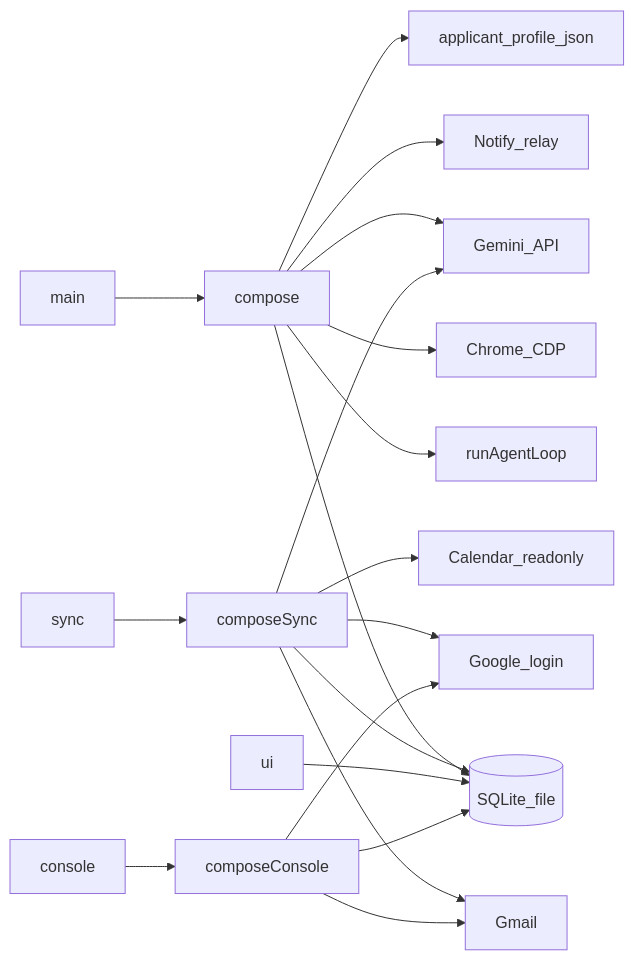
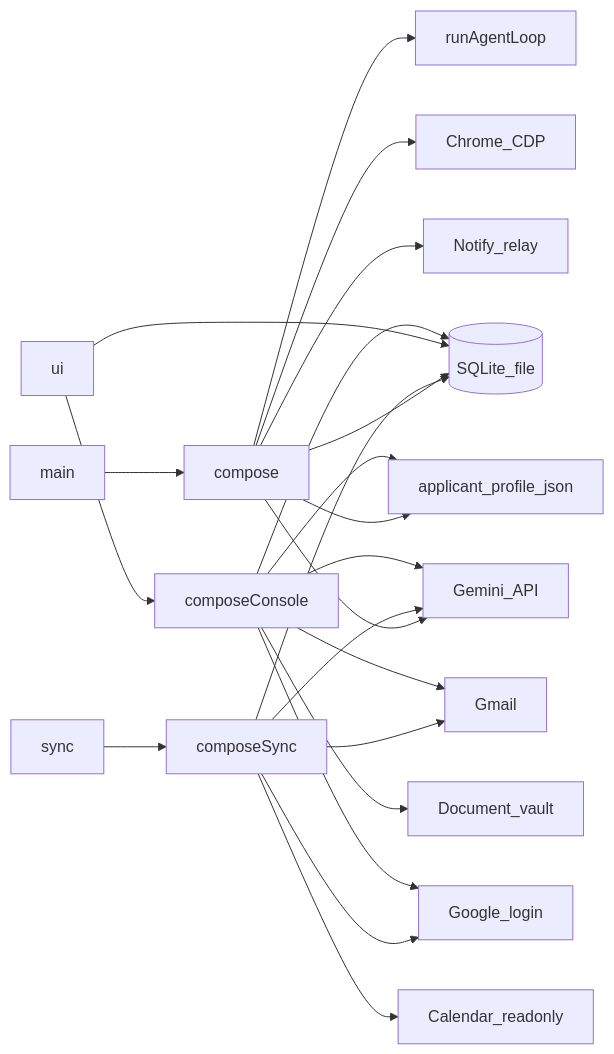
The first of 2 diagrams in docs/architecture.md (shinnenkara/wohn-agent), drawn with Mermaid before and after one commit. The commit also changed other lines of this file and 94 other files, not shown here.

````diff
--- a/docs/architecture.md
+++ b/docs/architecture.md
@@ -9,38 +9,41 @@
 ```mermaid
 flowchart LR
   main[main]
   compose[compose]
   loop[runAgentLoop]
   syncMain[sync]
   composeSync[composeSync]
   ui[ui]
-  consoleMain[console]
   composeConsole[composeConsole]
   chrome[Chrome_CDP]
   sqlite[(SQLite_file)]
   gemini[Gemini_API]
   gmail[Gmail]
   calendar[Calendar_readonly]
   googleLogin[Google_login]
   relay[Notify_relay]
   profile[applicant_profile_json]
+  vault[Document_vault]
 
   main --> compose
   compose --> loop
   compose --> chrome
   compose --> sqlite
   compose --> gemini
   compose --> relay
   compose --> profile
   syncMain --> composeSync
   composeSync --> sqlite
   composeSync --> gmail
   composeSync --> calendar
   composeSync --> googleLogin
   composeSync --> gemini
   ui --> sqlite
-  consoleMain --> composeConsole
+  ui --> composeConsole
   composeConsole --> sqlite
   composeConsole --> gmail
   composeConsole --> googleLogin
+  composeConsole --> gemini
+  composeConsole --> vault
+  composeConsole --> profile
 ```
````
